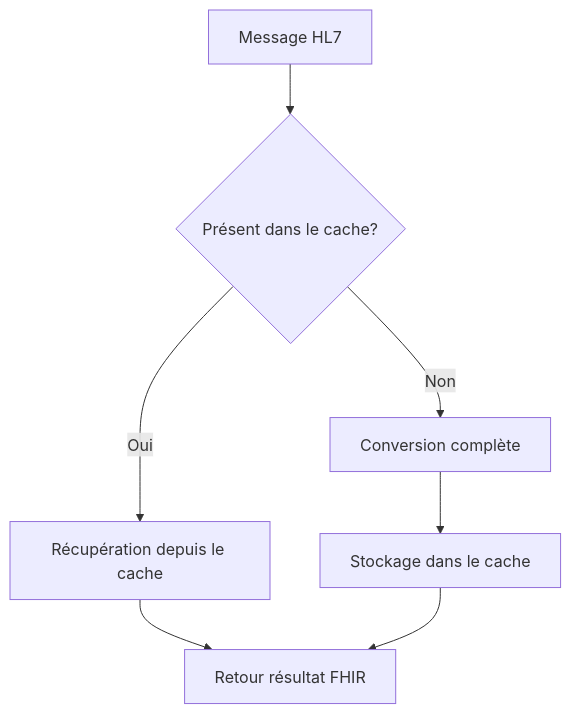
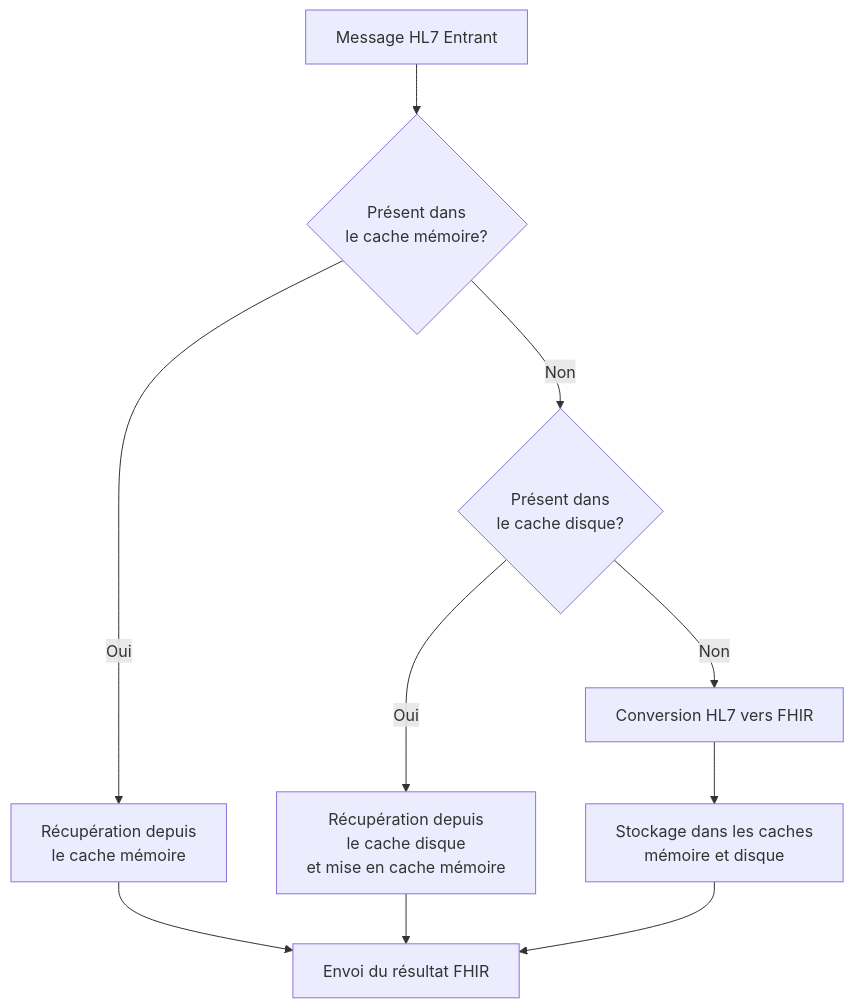
The diagram in docs/cache_system.md (svoer/FhirConverter), drawn with Mermaid before and after one commit. The commit also changed other lines of this file and 1 other file, not shown here.

First line of the commit message:
Improve performance and reliability of message processing in the application

````diff
--- a/docs/cache_system.md
+++ b/docs/cache_system.md
@@ -7,9 +11,12 @@
 ```mermaid
 graph TD
-    A[Message HL7] --> B{Présent dans le cache?}
-    B -->|Oui| C[Récupération depuis le cache]
-    B -->|Non| D[Conversion complète]
-    D --> E[Stockage dans le cache]
-    C --> F[Retour résultat FHIR]
-    E --> F
+    A[Message HL7 Entrant] --> B{Présent dans<br>le cache mémoire?}
+    B -->|Oui| C[Récupération depuis<br>le cache mémoire]
+    B -->|Non| D{Présent dans<br>le cache disque?}
+    D -->|Oui| E[Récupération depuis<br>le cache disque<br>et mise en cache mémoire]
+    D -->|Non| F[Conversion HL7 vers FHIR]
+    F --> G[Stockage dans les caches<br>mémoire et disque]
+    C --> H[Envoi du résultat FHIR]
+    E --> H
+    G --> H
 ```
````
